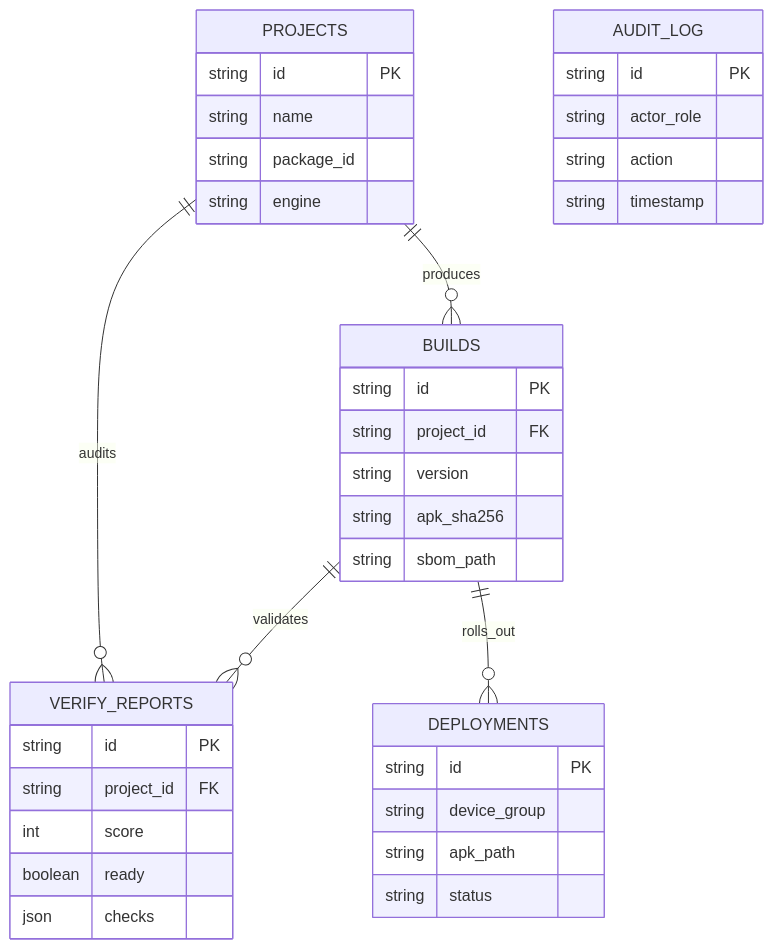
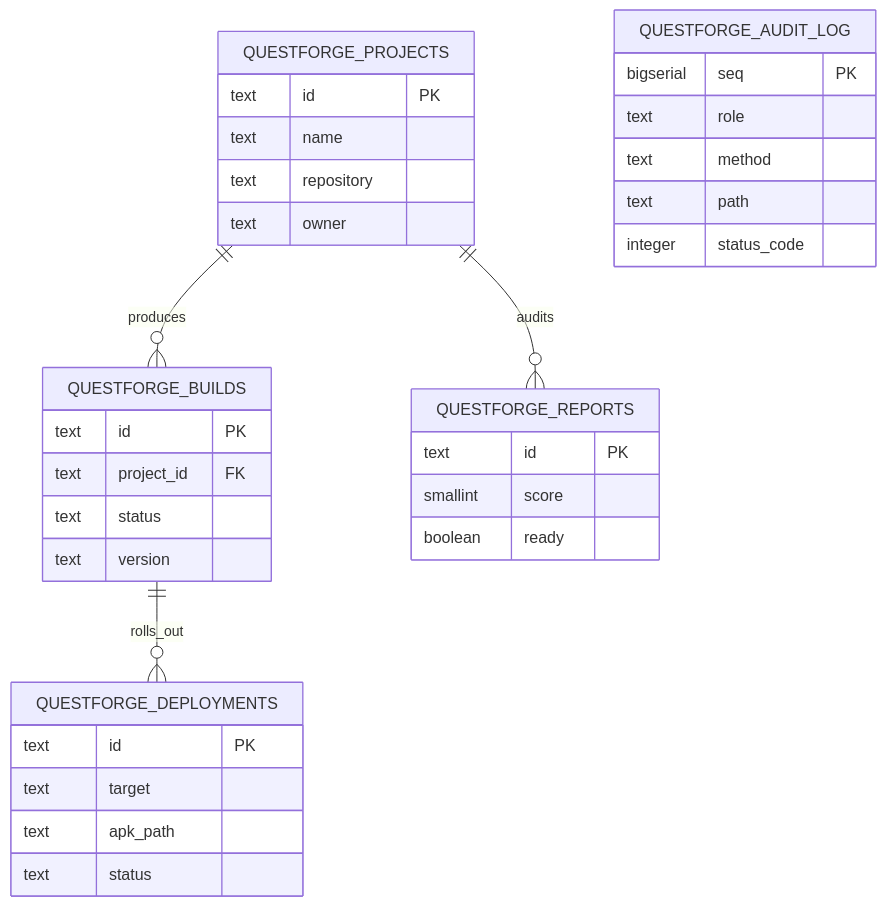
Before and after one commit to sweengineeringlabs/questforge: the fifth of 5 diagrams in docs/3-design/architecture.md, drawn with Mermaid. The commit also changed other lines of this file and 25 other files, not shown here.

Commit message:
docs: align all documentation with ../template-engine standards, code implementation, and TOCs

````diff
--- a/docs/3-design/architecture.md
+++ b/docs/3-design/architecture.md
@@ -114,40 +129,37 @@
 ```mermaid
 erDiagram
-    PROJECTS ||--o{ BUILDS : produces
-    PROJECTS ||--o{ VERIFY_REPORTS : audits
-    BUILDS ||--o{ VERIFY_REPORTS : validates
-    BUILDS ||--o{ DEPLOYMENTS : rolls_out
+    QUESTFORGE_PROJECTS ||--o{ QUESTFORGE_BUILDS : produces
+    QUESTFORGE_PROJECTS ||--o{ QUESTFORGE_REPORTS : audits
+    QUESTFORGE_BUILDS ||--o{ QUESTFORGE_DEPLOYMENTS : rolls_out
 
-    PROJECTS {
-        string id PK
-        string name
-        string package_id
-        string engine
+    QUESTFORGE_PROJECTS {
+        text id PK
+        text name
+        text repository
+        text owner
     }
-    BUILDS {
-        string id PK
-        string project_id FK
-        string version
-        string apk_sha256
-        string sbom_path
+    QUESTFORGE_BUILDS {
+        text id PK
+        text project_id FK
+        text status
+        text version
     }
-    VERIFY_REPORTS {
-        string id PK
-        string project_id FK
-        int score
+    QUESTFORGE_REPORTS {
+        text id PK
+        smallint score
         boolean ready
-        json checks
     }
-    DEPLOYMENTS {
-        string id PK
-        string device_group
-        string apk_path
-        string status
+    QUESTFORGE_DEPLOYMENTS {
+        text id PK
+        text target
+        text apk_path
+        text status
     }
-    AUDIT_LOG {
-        string id PK
-        string actor_role
-        string action
-        string timestamp
+    QUESTFORGE_AUDIT_LOG {
+        bigserial seq PK
+        text role
+        text method
+        text path
+        integer status_code
     }
 ```
````
